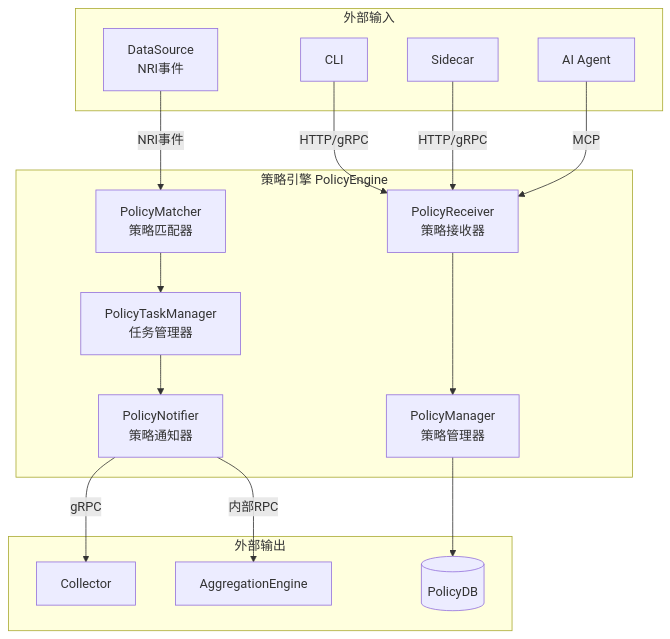
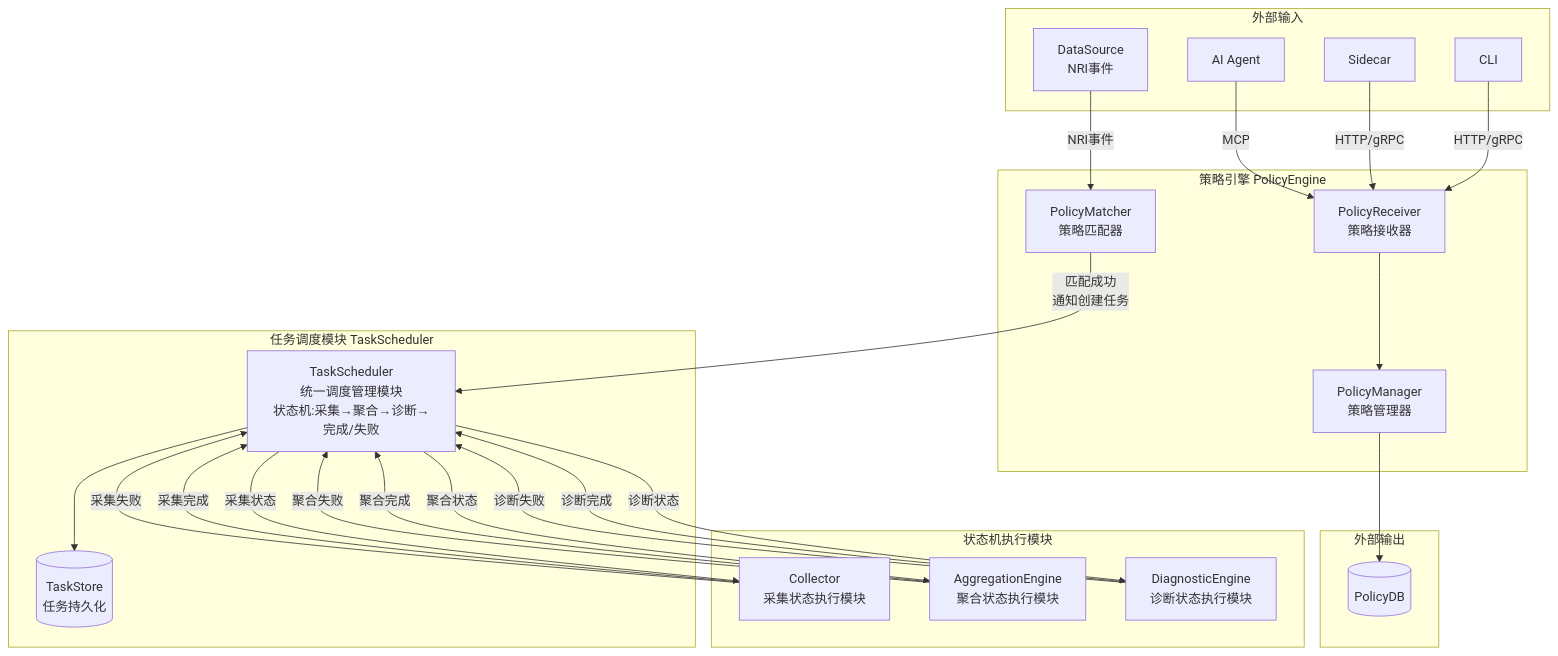
The third of 14 diagrams in docs/arch.md (TDnorthgarden/nuts), drawn with Mermaid before and after one commit. The commit also changed other lines of this file and 4 other files, not shown here.

````diff
--- a/docs/arch.md
+++ b/docs/arch.md
@@ -120,40 +117,60 @@
 ```mermaid
 graph TB
     subgraph "策略引擎 PolicyEngine"
         PolicyReceiver[PolicyReceiver<br/>策略接收器]
         PolicyManager[PolicyManager<br/>策略管理器]
         PolicyMatcher[PolicyMatcher<br/>策略匹配器]
-        PolicyTaskManager[PolicyTaskManager<br/>任务管理器]
-        PolicyNotifier[PolicyNotifier<br/>策略通知器]
+    end
+
+    subgraph "任务调度模块 TaskScheduler"
+        TaskScheduler[TaskScheduler<br/>统一调度管理模块<br/>状态机:采集→聚合→诊断→完成/失败]
+        TaskStore[(TaskStore<br/>任务持久化)]
+    end
+
+    subgraph "状态机执行模块"
+        Collector[Collector<br/>采集状态执行模块]
+        AggregationEngine[AggregationEngine<br/>聚合状态执行模块]
+        DiagnosticEngine[DiagnosticEngine<br/>诊断状态执行模块]
     end
 
     subgraph "外部输入"
         CLI[CLI]
         Sidecar[Sidecar]
         AIAgent[AI Agent]
         DataSource[DataSource<br/>NRI事件]
     end
 
     subgraph "外部输出"
-        Collector[Collector]
-        AggregationEngine[AggregationEngine]
         PolicyDB[(PolicyDB)]
     end
 
     %% 外部输入到策略引擎
     CLI -->|HTTP/gRPC| PolicyReceiver
     Sidecar -->|HTTP/gRPC| PolicyReceiver
     AIAgent -->|MCP| PolicyReceiver
     DataSource -->|NRI事件| PolicyMatcher
 
     %% 策略引擎内部
     PolicyReceiver --> PolicyManager
     PolicyManager --> PolicyDB
-    PolicyMatcher --> PolicyTaskManager
-    PolicyTaskManager --> PolicyNotifier
 
-    %% 策略引擎到外部输出
-    PolicyNotifier -->|gRPC| Collector
-    PolicyNotifier -->|内部RPC| AggregationEngine
+    %% 策略引擎到TaskScheduler
+    PolicyMatcher -->|匹配成功<br/>通知创建任务| TaskScheduler
+
+    %% TaskScheduler内部
+    TaskScheduler --> TaskStore
+
+    %% TaskScheduler调度各个执行模块
+    TaskScheduler -->|采集状态| Collector
+    TaskScheduler -->|聚合状态| AggregationEngine
+    TaskScheduler -->|诊断状态| DiagnosticEngine
+
+    %% 执行模块反馈给TaskScheduler
+    Collector -->|采集完成| TaskScheduler
+    Collector -->|采集失败| TaskScheduler
+    AggregationEngine -->|聚合完成| TaskScheduler
+    AggregationEngine -->|聚合失败| TaskScheduler
+    DiagnosticEngine -->|诊断完成| TaskScheduler
+    DiagnosticEngine -->|诊断失败| TaskScheduler
 
 ```
````
